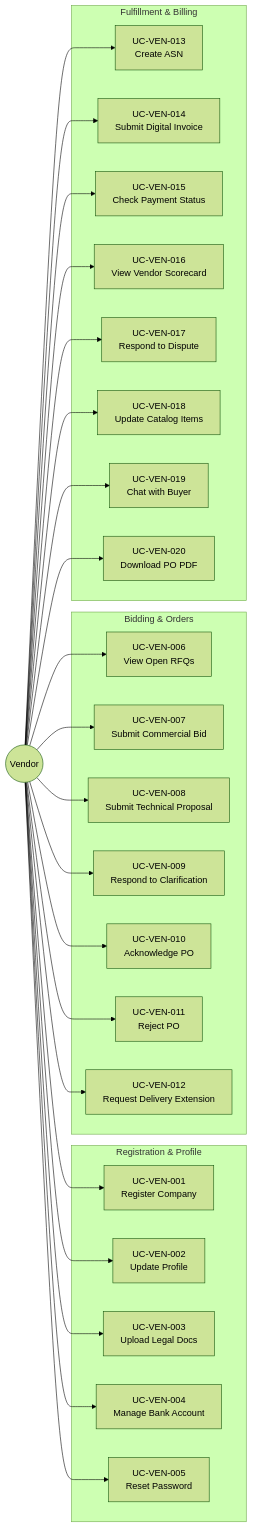
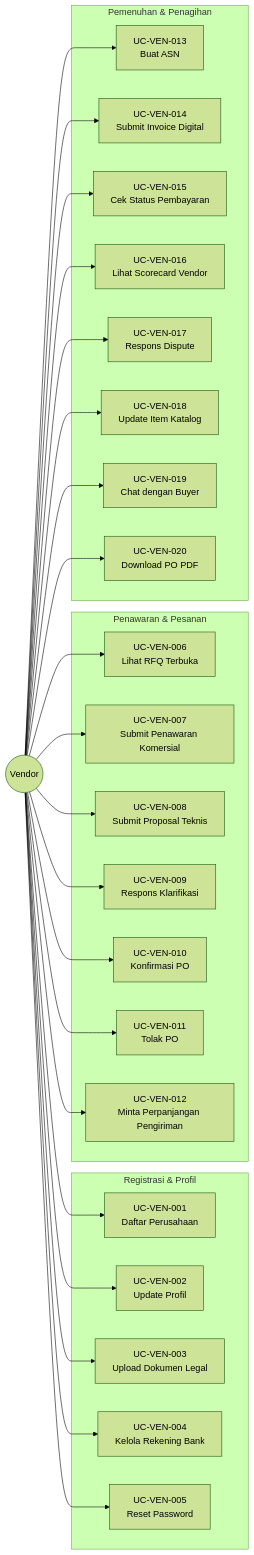
Before and after one commit to Vencore-erp/documentation: the diagram in use_cases/05_Vendor/USE_CASE_DIAGRAM.md, drawn with Mermaid (forest theme). The commit also changed other lines of this file and 16 other files, not shown here.

````diff
--- a/use_cases/05_Vendor/USE_CASE_DIAGRAM.md
+++ b/use_cases/05_Vendor/USE_CASE_DIAGRAM.md
@@ -8,54 +8,54 @@
 ```mermaid
 graph LR
     Vendor((Vendor))
 
-    subgraph "Registration & Profile"
-        UC001[UC-VEN-001<br/>Register Company]
-        UC002[UC-VEN-002<br/>Update Profile]
-        UC003[UC-VEN-003<br/>Upload Legal Docs]
-        UC004[UC-VEN-004<br/>Manage Bank Account]
+    subgraph "Registrasi & Profil"
+        UC001[UC-VEN-001<br/>Daftar Perusahaan]
+        UC002[UC-VEN-002<br/>Update Profil]
+        UC003[UC-VEN-003<br/>Upload Dokumen Legal]
+        UC004[UC-VEN-004<br/>Kelola Rekening Bank]
         UC005[UC-VEN-005<br/>Reset Password]
     end
 
-    subgraph "Bidding & Orders"
-        UC006[UC-VEN-006<br/>View Open RFQs]
-        UC007[UC-VEN-007<br/>Submit Commercial Bid]
-        UC008[UC-VEN-008<br/>Submit Technical Proposal]
-        UC009[UC-VEN-009<br/>Respond to Clarification]
-        UC010[UC-VEN-010<br/>Acknowledge PO]
-        UC011[UC-VEN-011<br/>Reject PO]
-        UC012[UC-VEN-012<br/>Request Delivery Extension]
+    subgraph "Penawaran & Pesanan"
+        UC006[UC-VEN-006<br/>Lihat RFQ Terbuka]
+        UC007[UC-VEN-007<br/>Submit Penawaran Komersial]
+        UC008[UC-VEN-008<br/>Submit Proposal Teknis]
+        UC009[UC-VEN-009<br/>Respons Klarifikasi]
+        UC010[UC-VEN-010<br/>Konfirmasi PO]
+        UC011[UC-VEN-011<br/>Tolak PO]
+        UC012[UC-VEN-012<br/>Minta Perpanjangan Pengiriman]
     end
 
-    subgraph "Fulfillment & Billing"
-        UC013[UC-VEN-013<br/>Create ASN]
-        UC014[UC-VEN-014<br/>Submit Digital Invoice]
-        UC015[UC-VEN-015<br/>Check Payment Status]
-        UC016[UC-VEN-016<br/>View Vendor Scorecard]
-        UC017[UC-VEN-017<br/>Respond to Dispute]
-        UC018[UC-VEN-018<br/>Update Catalog Items]
-        UC019[UC-VEN-019<br/>Chat with Buyer]
+    subgraph "Pemenuhan & Penagihan"
+        UC013[UC-VEN-013<br/>Buat ASN]
+        UC014[UC-VEN-014<br/>Submit Invoice Digital]
+        UC015[UC-VEN-015<br/>Cek Status Pembayaran]
+        UC016[UC-VEN-016<br/>Lihat Scorecard Vendor]
+        UC017[UC-VEN-017<br/>Respons Dispute]
+        UC018[UC-VEN-018<br/>Update Item Katalog]
+        UC019[UC-VEN-019<br/>Chat dengan Buyer]
         UC020[UC-VEN-020<br/>Download PO PDF]
     end
 
     Vendor --> UC001
     Vendor --> UC002
     Vendor --> UC003
     Vendor --> UC004
     Vendor --> UC005
     Vendor --> UC006
     Vendor --> UC007
     Vendor --> UC008
     Vendor --> UC009
     Vendor --> UC010
     Vendor --> UC011
     Vendor --> UC012
     Vendor --> UC013
     Vendor --> UC014
     Vendor --> UC015
     Vendor --> UC016
     Vendor --> UC017
     Vendor --> UC018
     Vendor --> UC019
     Vendor --> UC020
 ```
````
